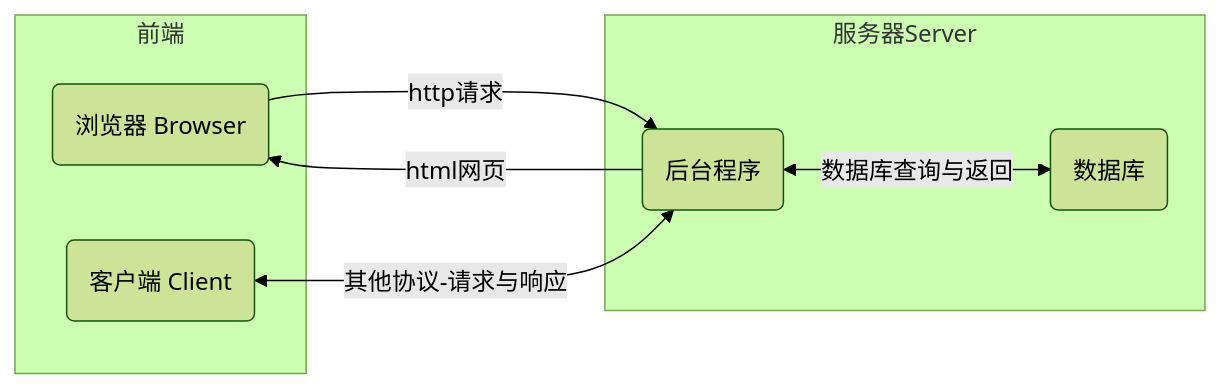
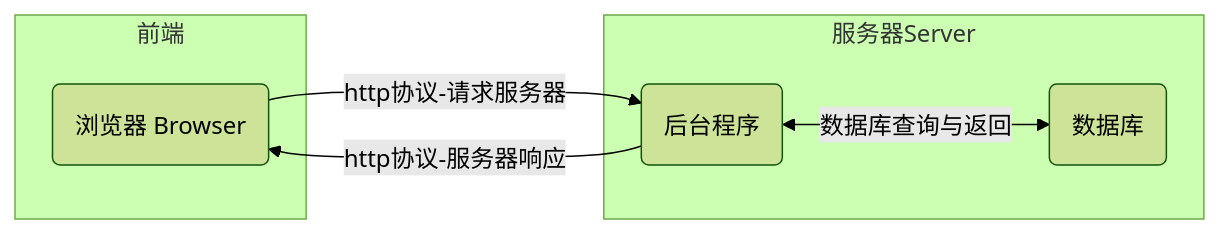
One commit to hughxusu/lesson-front-end changed the first of 4 diagrams in docs/d-js/d-ajax/a-基础.md. Above: the diagram before and after it, drawn with Mermaid (forest theme). The commit also changed other lines of this file and 8 other files, not shown here.

````diff
--- a/docs/d-js/d-ajax/a-基础.md
+++ b/docs/d-js/d-ajax/a-基础.md
@@ -21,13 +21,11 @@
 ```mermaid
 flowchart LR
-    a(浏览器 Browser) -- http请求 --> c(后台程序)
-    c -- html网页 -->a
-    b(客户端 Client) <-- 其他协议-请求与响应 --> c
+    a(浏览器 Browser) --  http协议-请求服务器 --> c(后台程序)
+    c -- http协议-服务器响应 -->a
     subgraph 服务器Server
     c <-- 数据库查询与返回 --> d(数据库)
     end
     subgraph 前端
     a
-    b
     end
 ```
````
